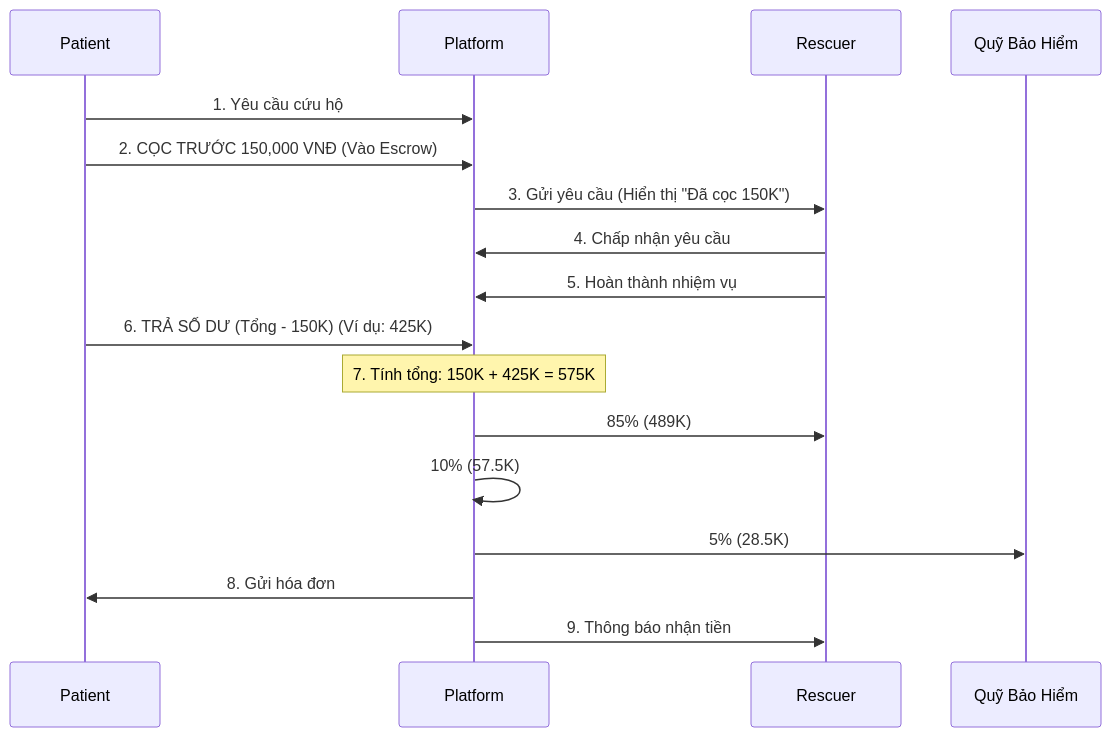
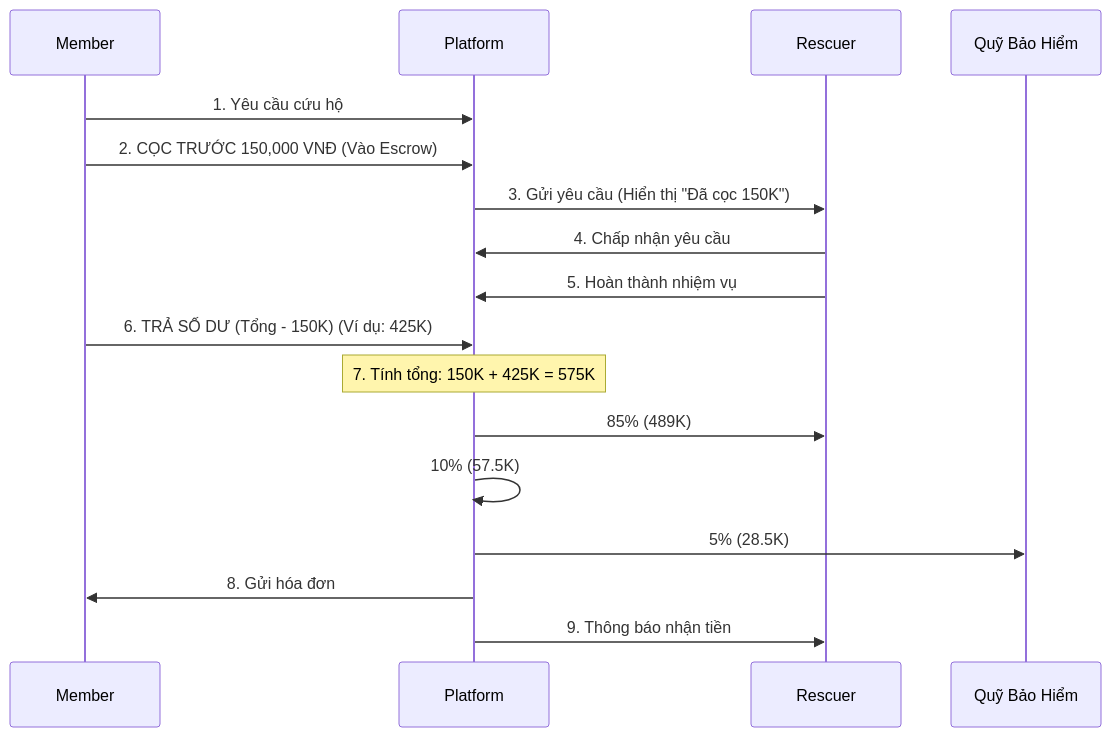
One commit to Snake-AID/SnakeAid.Docs changed the first of 4 diagrams in Docs/01-Functional-Specs/02-Financial-Model/02-Payment-Processes.md. Above: the diagram before and after it, drawn with Mermaid. The commit also changed other lines of this file and 5 other files, not shown here.

Commit message:
docs: Update financial model documentation to replace 'Patient' with 'Member' for consistency across payment processes and user roles

````diff
--- a/Docs/01-Functional-Specs/02-Financial-Model/02-Payment-Processes.md
+++ b/Docs/01-Functional-Specs/02-Financial-Model/02-Payment-Processes.md
@@ -28,23 +28,23 @@
 ```mermaid
 sequenceDiagram
-    participant Patient
+    participant Member
     participant Platform
     participant Rescuer
     participant Insurance as Quỹ Bảo Hiểm
 
-    Patient->>Platform: 1. Yêu cầu cứu hộ
-    Patient->>Platform: 2. CỌC TRƯỚC 150,000 VNĐ (Vào Escrow)
+    Member->>Platform: 1. Yêu cầu cứu hộ
+    Member->>Platform: 2. CỌC TRƯỚC 150,000 VNĐ (Vào Escrow)
     Platform->>Rescuer: 3. Gửi yêu cầu (Hiển thị "Đã cọc 150K")
     Rescuer->>Platform: 4. Chấp nhận yêu cầu
     Rescuer->>Platform: 5. Hoàn thành nhiệm vụ
-    Patient->>Platform: 6. TRẢ SỐ DƯ (Tổng - 150K) (Ví dụ: 425K)
+    Member->>Platform: 6. TRẢ SỐ DƯ (Tổng - 150K) (Ví dụ: 425K)
     
     Note over Platform: 7. Tính tổng: 150K + 425K = 575K
     
     Platform->>Rescuer: 85% (489K)
     Platform->>Platform: 10% (57.5K)
     Platform->>Insurance: 5% (28.5K)
     
-    Platform->>Patient: 8. Gửi hóa đơn
+    Platform->>Member: 8. Gửi hóa đơn
     Platform->>Rescuer: 9. Thông báo nhận tiền
 ```
````
